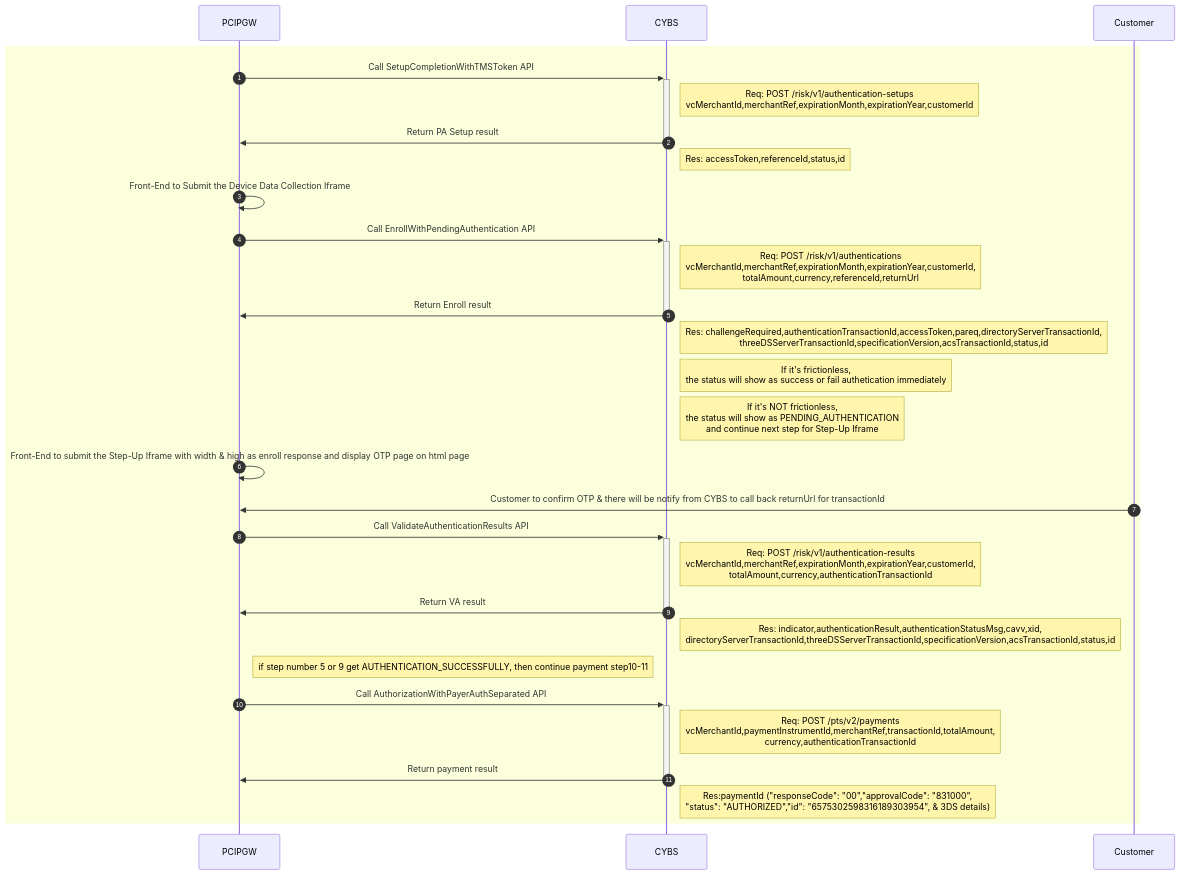
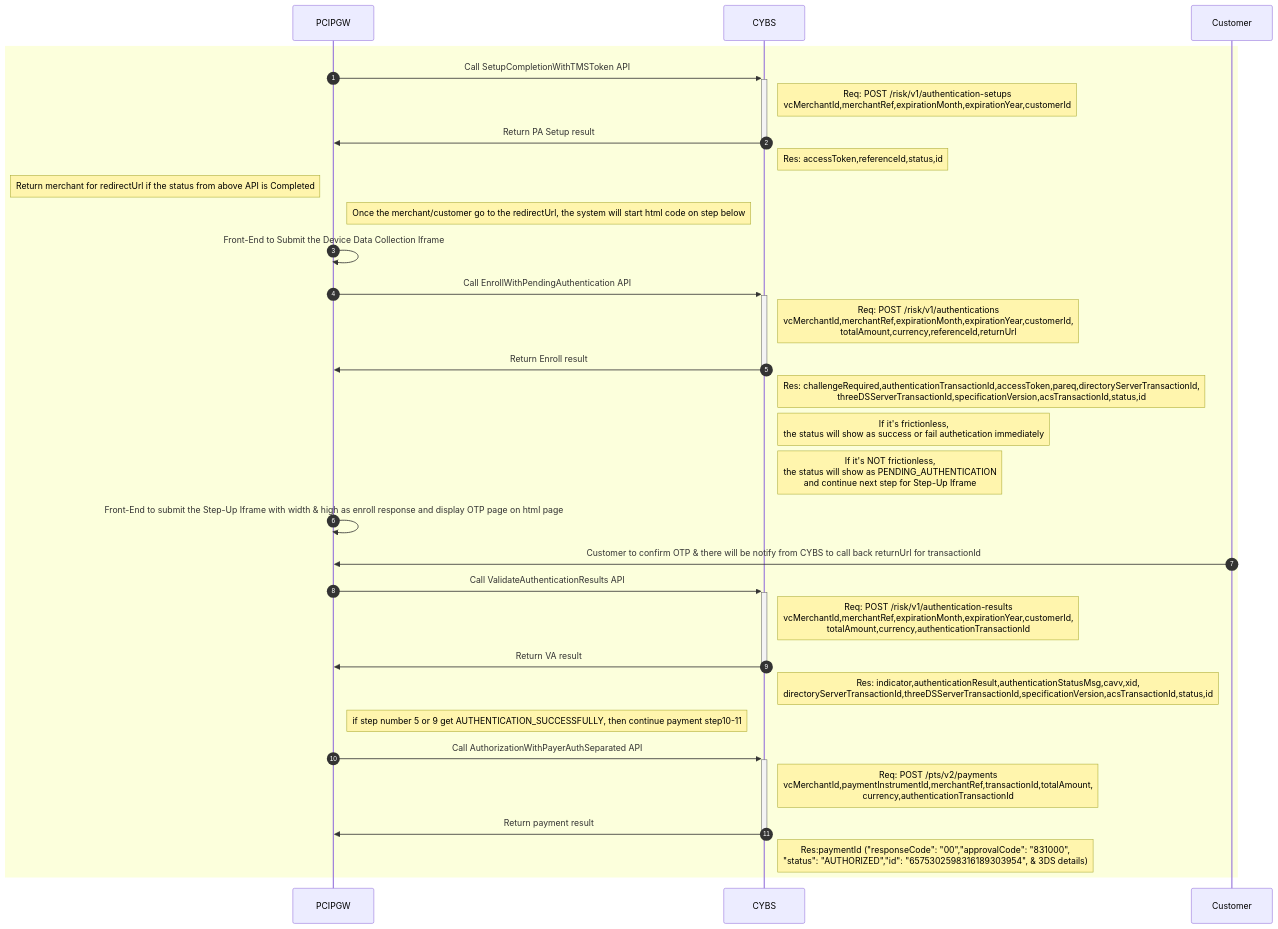
Before and after one commit to yuusuke25/MyNotes: the fifth of 10 diagrams in Cybs-Ph2-Flow3.md, drawn with Mermaid.

````diff
--- a/Cybs-Ph2-Flow3.md
+++ b/Cybs-Ph2-Flow3.md
@@ -92,36 +92,39 @@
 ```mermaid
     sequenceDiagram
     autonumber
         rect rgb(252, 255, 220)
             PCIPGW->>+CYBS:Call SetupCompletionWithTMSToken API
             Note right of CYBS: Req: POST /risk/v1/authentication-setups<br>vcMerchantId,merchantRef,expirationMonth,expirationYear,customerId
             CYBS->>-PCIPGW:Return PA Setup result
             Note right of CYBS: Res: accessToken,referenceId,status,id
             
+            Note left of PCIPGW: Return merchant for redirectUrl if the status from above API is Completed
+            
+            Note right of PCIPGW: Once the merchant/customer go to the redirectUrl, the system will start html code on step below
             PCIPGW->>PCIPGW: Front-End to Submit the Device Data Collection Iframe
             
             PCIPGW->>+CYBS:Call EnrollWithPendingAuthentication API
             Note right of CYBS: Req: POST /risk/v1/authentications<br>vcMerchantId,merchantRef,expirationMonth,expirationYear,customerId,<br>totalAmount,currency,referenceId,returnUrl
             CYBS->>-PCIPGW:Return Enroll result
             Note right of CYBS: Res: challengeRequired,authenticationTransactionId,accessToken,pareq,directoryServerTransactionId,<br>threeDSServerTransactionId,specificationVersion,acsTransactionId,status,id
             
             Note right of CYBS: If it's frictionless,<br> the status will show as success or fail authetication immediately
             
             Note right of CYBS: If it's NOT frictionless,<br> the status will show as PENDING_AUTHENTICATION<br> and continue next step for Step-Up Iframe
             
             PCIPGW->>PCIPGW: Front-End to submit the Step-Up Iframe with width & high as enroll response and display OTP page on html page
             
             Customer->>PCIPGW: Customer to confirm OTP & there will be notify from CYBS to call back returnUrl for transactionId
             
             PCIPGW->>+CYBS:Call ValidateAuthenticationResults API
             Note right of CYBS: Req: POST /risk/v1/authentication-results<br>vcMerchantId,merchantRef,expirationMonth,expirationYear,customerId,<br>totalAmount,currency,authenticationTransactionId
             CYBS->>-PCIPGW:Return VA result
             Note right of CYBS: Res: indicator,authenticationResult,authenticationStatusMsg,cavv,xid,<br>directoryServerTransactionId,threeDSServerTransactionId,specificationVersion,acsTransactionId,status,id
             
             Note right of PCIPGW: if step number 5 or 9 get AUTHENTICATION_SUCCESSFULLY, then continue payment step10-11
             PCIPGW->>+CYBS:Call AuthorizationWithPayerAuthSeparated API
             Note right of CYBS: Req: POST /pts/v2/payments<br>vcMerchantId,paymentInstrumentId,merchantRef,transactionId,totalAmount,<br>currency,authenticationTransactionId
             CYBS->>-PCIPGW:Return payment result
             Note right of CYBS: Res:paymentId ("responseCode": "00","approvalCode": "831000",<BR>"status": "AUTHORIZED","id": "6575302598316189303954", & 3DS details)
         end
 ```
````
